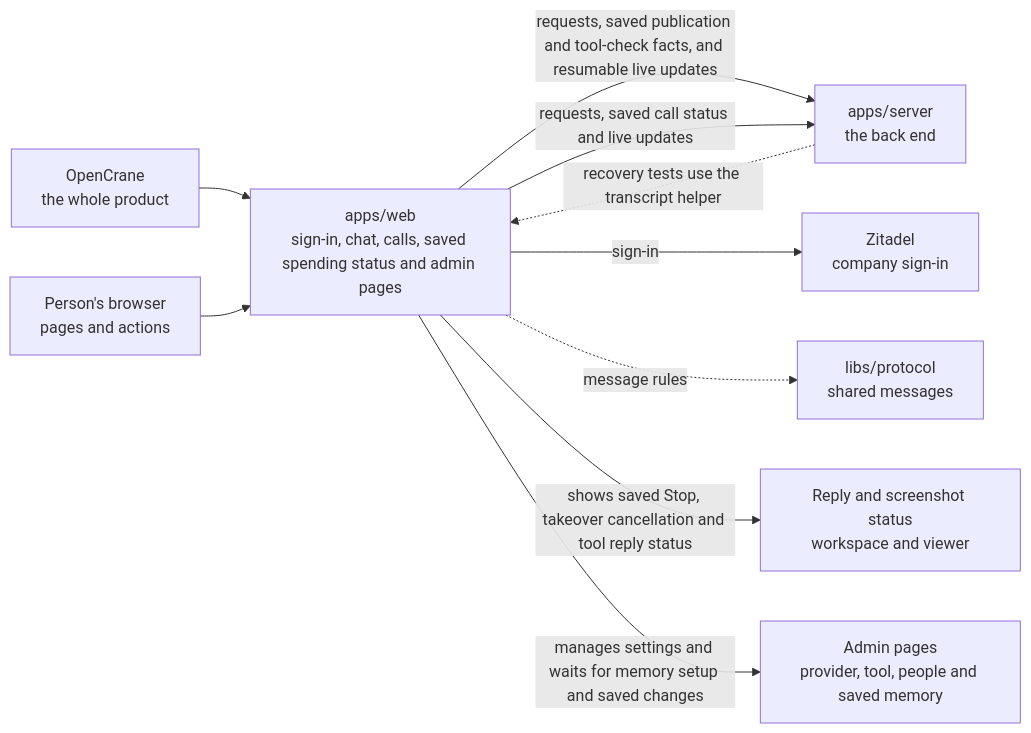
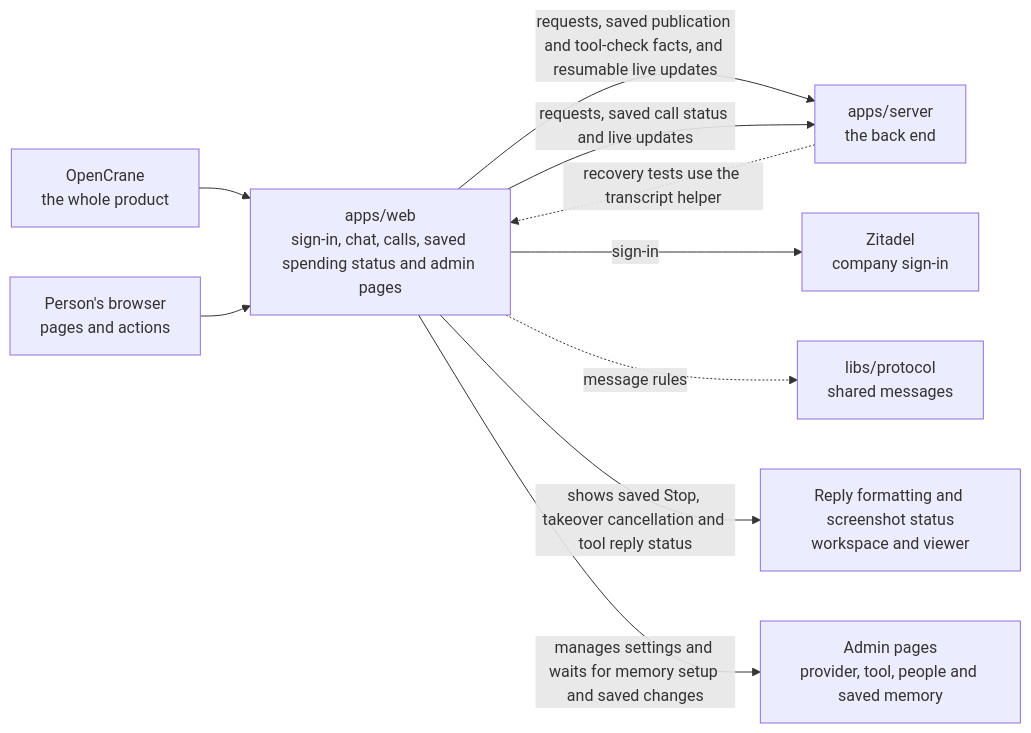
One commit to elewa-git/opencrane-new changed the diagram in apps/web/README.md. Above: the diagram before and after it, drawn with Mermaid. The commit also changed other lines of this file and 23 other files, not shown here.

````diff
--- a/apps/web/README.md
+++ b/apps/web/README.md
@@ -16,12 +16,12 @@
 ```mermaid
 flowchart LR
   system["OpenCrane<br/>the whole product"] --> web["apps/web<br/>the website"]
   browser["Person's browser<br/>pages and actions"] --> web
   web -->|requests, saved publication and tool-check facts, and resumable live updates| server["apps/server<br/>the back end"]
   server -.->|recovery tests use the transcript helper| web
   web["apps/web<br/>sign-in, chat, calls, saved spending status and admin pages"] -->|requests, saved call status and live updates| server["apps/server<br/>the back end"]
   web -->|sign-in| zitadel["Zitadel<br/>company sign-in"]
   web -.->|message rules| protocol["libs/protocol<br/>shared messages"]
-  web -->|shows saved Stop, takeover cancellation and tool reply status| capture["Reply and screenshot status<br/>workspace and viewer"]
+  web -->|shows saved Stop, takeover cancellation and tool reply status| capture["Reply formatting and screenshot status<br/>workspace and viewer"]
   web -->|manages settings and waits for memory setup and saved changes| admin["Admin pages<br/>provider, tool, people and saved memory"]
 ```
````
